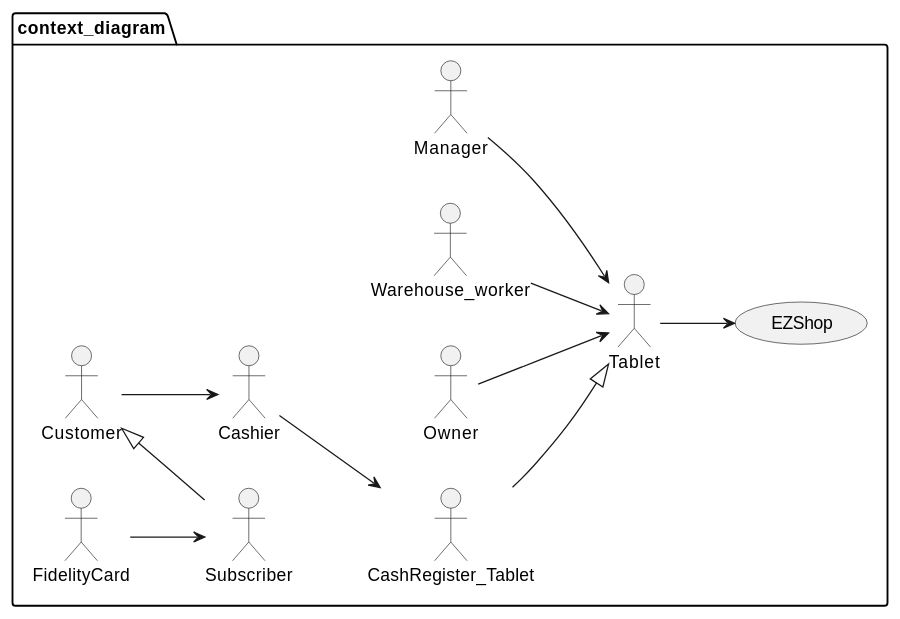
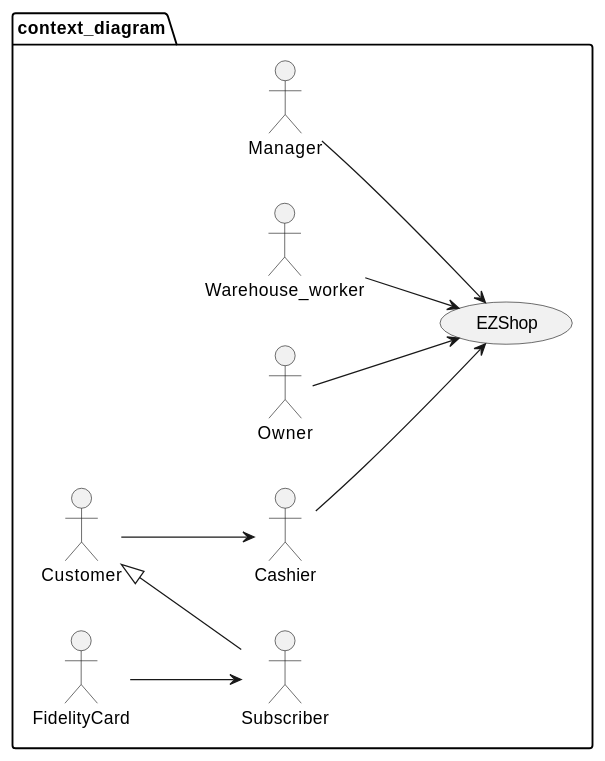
The first of 5 diagrams in Deliverables/RequirementsDocument.md (mkexc/ezshop), drawn with PlantUML before and after one commit. The commit also changed other lines of this file, not shown here.

Commit message:
docs: delete tablet from actors

````diff
--- a/Deliverables/RequirementsDocument.md
+++ b/Deliverables/RequirementsDocument.md
@@ -59,27 +58,23 @@
 ```plantuml
 @startuml
 left to right direction
 package context_diagram {
     actor Manager as MNG
     actor Warehouse_worker as WW
     actor Owner as OWN
     actor Cashier as CSH
     actor Customer as CST
     actor FidelityCard as FC
     actor Subscriber as SC
-    actor Tablet as TAB
-    actor CashRegister_Tablet as CSR
     usecase "  EZShop" as APP
     
     FC --> SC
     CST <|-- SC
-    MNG --> TAB
-    WW --> TAB
-    OWN --> TAB
-    CSH --> CSR
+    WW --> APP
+    MNG --> APP
+    OWN --> APP
+    CSH --> APP
     CST --> CSH
-    CSR--|> TAB
-    TAB--> APP
 }
 @enduml
 ```
````
